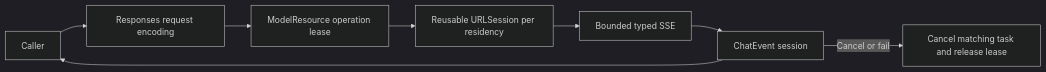
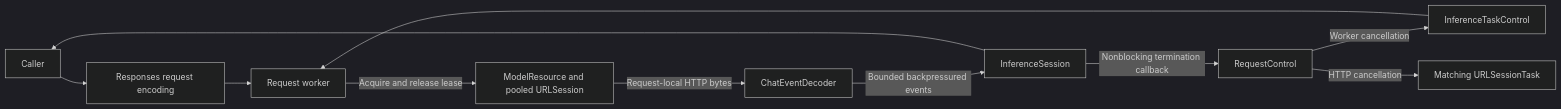
The diagram in MobileHarness/ModelKit/Language/LLM/OpenAI/README.md (devilyouwei/MobileHarness), drawn with Mermaid (dark theme) before and after one commit. The commit also changed other lines of this file and 102 other files, not shown here.

````diff
--- a/MobileHarness/ModelKit/Language/LLM/OpenAI/README.md
+++ b/MobileHarness/ModelKit/Language/LLM/OpenAI/README.md
@@ -15,10 +15,13 @@
 ```mermaid
 flowchart LR
  Caller --> Encoding[Responses request encoding]
- Encoding --> Resource[ModelResource operation lease]
- Resource --> Pool[Reusable URLSession per residency]
- Pool --> Decoder[Bounded typed SSE]
- Decoder --> Session[ChatEvent session]
+ Encoding --> Worker[Request worker]
+ Worker -->|Acquire and release lease| Resource[ModelResource and pooled URLSession]
+ Resource -->|Request-local HTTP bytes| Decoder[ChatEventDecoder]
+ Decoder -->|Bounded backpressured events| Session[InferenceSession]
  Session --> Caller
- Session -->|Cancel or fail| Cleanup[Cancel matching task and release lease]
+ Session -->|Nonblocking termination callback| Control[RequestControl]
+ Control -->|Worker cancellation| TaskControl[InferenceTaskControl]
+ TaskControl --> Worker
+ Control -->|HTTP cancellation| HTTP[Matching URLSessionTask]
 ```
````
